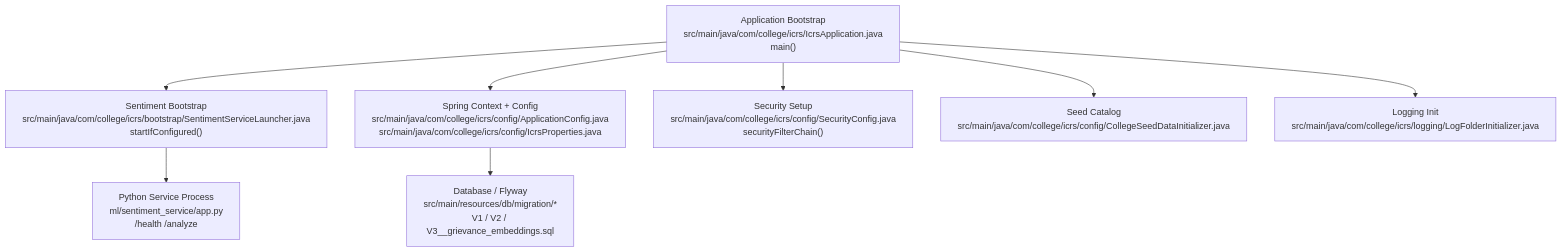
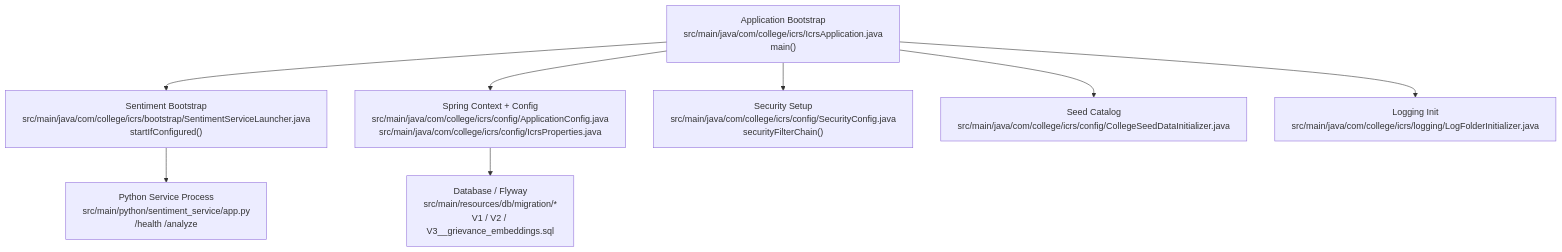
Before and after one commit to Phantom-VK/icrs: the second of 7 diagrams in documents/ICRS_ARCHITECTURE.md, drawn with Mermaid. The commit also changed other lines of this file and 7 other files, not shown here.

Commit message:
refactor(ml): move sentiment service into src/main/python

````diff
--- a/documents/ICRS_ARCHITECTURE.md
+++ b/documents/ICRS_ARCHITECTURE.md
@@ -127,25 +127,25 @@
 ```mermaid
 flowchart TD
     A["Application Bootstrap
 src/main/java/com/college/icrs/IcrsApplication.java
 main()"] --> B["Sentiment Bootstrap
 src/main/java/com/college/icrs/bootstrap/SentimentServiceLauncher.java
 startIfConfigured()"]
     A --> C["Spring Context + Config
 src/main/java/com/college/icrs/config/ApplicationConfig.java
 src/main/java/com/college/icrs/config/IcrsProperties.java"]
     A --> D["Security Setup
 src/main/java/com/college/icrs/config/SecurityConfig.java
 securityFilterChain()"]
     A --> E["Seed Catalog
 src/main/java/com/college/icrs/config/CollegeSeedDataInitializer.java"]
     A --> F["Logging Init
 src/main/java/com/college/icrs/logging/LogFolderInitializer.java"]
 
     B --> G["Python Service Process
-ml/sentiment_service/app.py
+src/main/python/sentiment_service/app.py
 /health /analyze"]
     C --> H["Database / Flyway
 src/main/resources/db/migration/*
 V1 / V2 / V3__grievance_embeddings.sql"]
 ```
````
